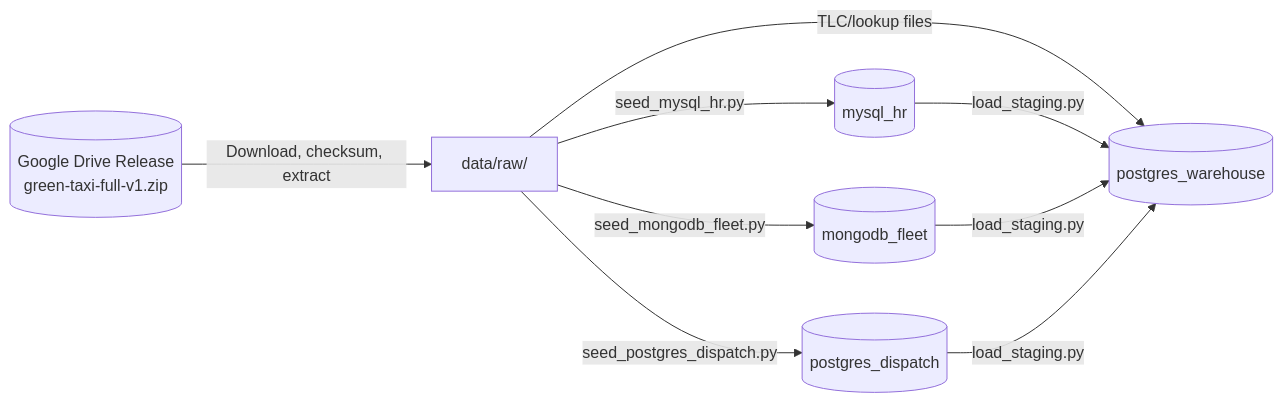
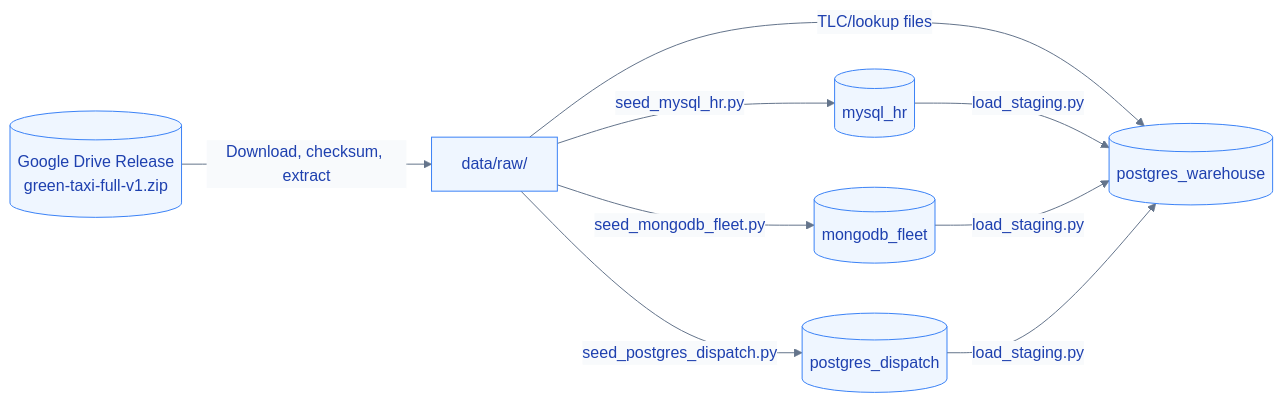
The second of 2 diagrams in README.md (HuyVuCV1011/Green-taxi), drawn with Mermaid before and after one commit. The commit also changed other lines of this file and 4 other files, not shown here.

````diff
--- a/README.md
+++ b/README.md
@@ -111,18 +108,19 @@
 ```mermaid
+%%{init: {'theme': 'base', 'themeVariables': { 'primaryColor': '#eff6ff', 'primaryTextColor': '#1e40af', 'primaryBorderColor': '#3b82f6', 'lineColor': '#64748b', 'secondaryColor': '#f8fafc', 'tertiaryColor': '#f0fdf4'}}}%%
 flowchart LR
     GD[("Google Drive Release<br>green-taxi-full-v1.zip")]
     RAW["data/raw/"]
     MySQL[("mysql_hr")]
     Mongo[("mongodb_fleet")]
     Dispatch[("postgres_dispatch")]
     Warehouse[("postgres_warehouse")]
 
     GD -->|"Download, checksum, extract"| RAW
     RAW -->|"seed_mysql_hr.py"| MySQL
     RAW -->|"seed_mongodb_fleet.py"| Mongo
     RAW -->|"seed_postgres_dispatch.py"| Dispatch
     RAW -->|"TLC/lookup files"| Warehouse
     MySQL -->|"load_staging.py"| Warehouse
     Mongo -->|"load_staging.py"| Warehouse
     Dispatch -->|"load_staging.py"| Warehouse
 ```
````
